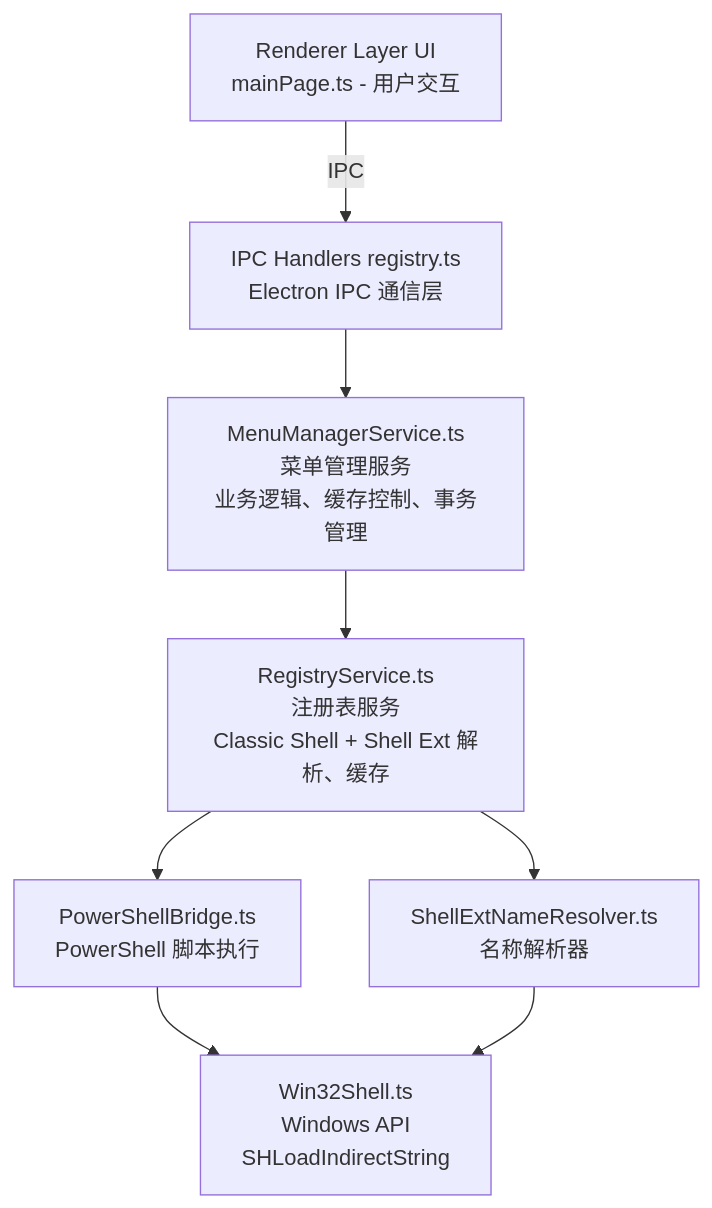
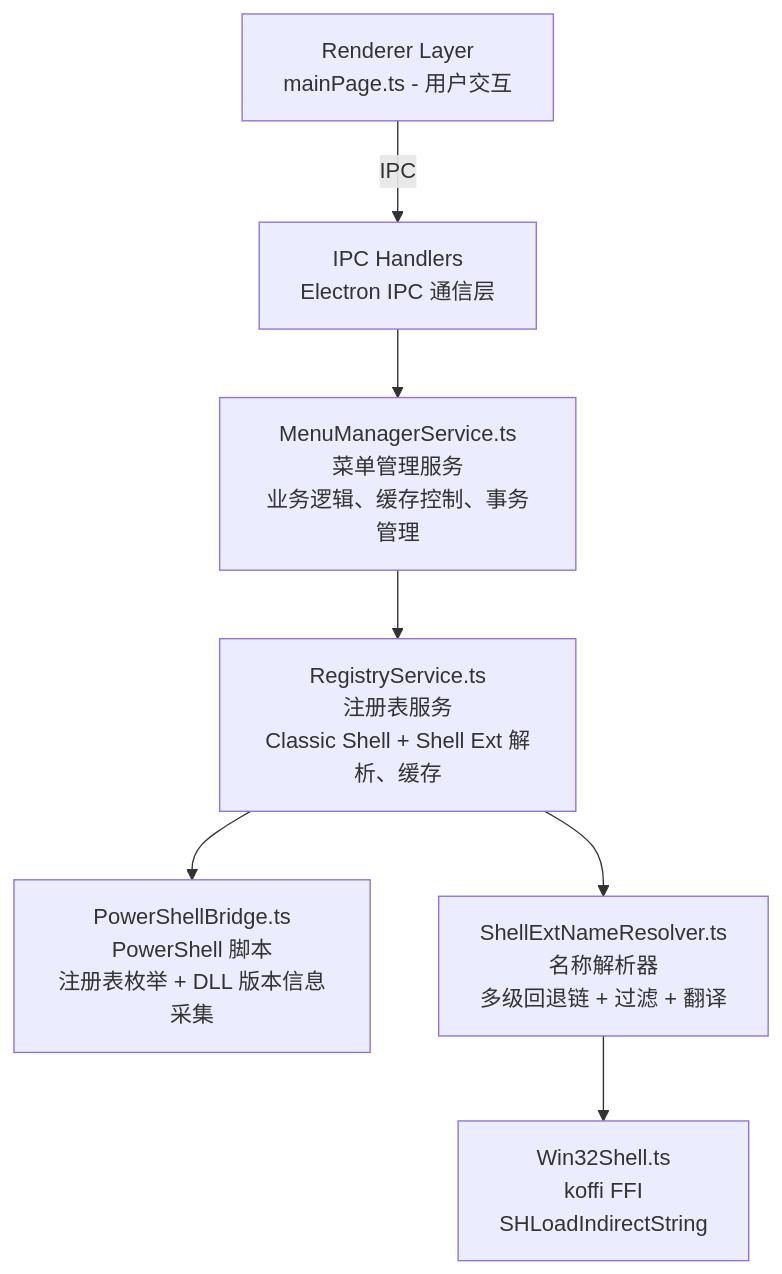
One commit to tzzs/ContextMaster changed the first of 2 diagrams in docs/context-menu-parsing-logic.md. Above: the diagram before and after it, drawn with Mermaid. The commit also changed other lines of this file, not shown here.

````diff
--- a/docs/context-menu-parsing-logic.md
+++ b/docs/context-menu-parsing-logic.md
@@ -16,10 +17,9 @@
 ```mermaid
 graph TB
-    A[Renderer Layer UI<br/>mainPage.ts - 用户交互] -->|IPC| B[IPC Handlers registry.ts<br/>Electron IPC 通信层]
+    A[Renderer Layer<br/>mainPage.ts - 用户交互] -->|IPC| B[IPC Handlers<br/>Electron IPC 通信层]
     B --> C[MenuManagerService.ts<br/>菜单管理服务<br/>业务逻辑、缓存控制、事务管理]
     C --> D[RegistryService.ts<br/>注册表服务<br/>Classic Shell + Shell Ext 解析、缓存]
-    D --> E[PowerShellBridge.ts<br/>PowerShell 脚本执行]
-    D --> F[ShellExtNameResolver.ts<br/>名称解析器]
-    E --> G[Win32Shell.ts<br/>Windows API<br/>SHLoadIndirectString]
-    F --> G
+    D --> E[PowerShellBridge.ts<br/>PowerShell 脚本<br/>注册表枚举 + DLL 版本信息采集]
+    D --> F[ShellExtNameResolver.ts<br/>名称解析器<br/>多级回退链 + 过滤 + 翻译]
+    F --> G[Win32Shell.ts<br/>koffi FFI<br/>SHLoadIndirectString]
 ```
````
